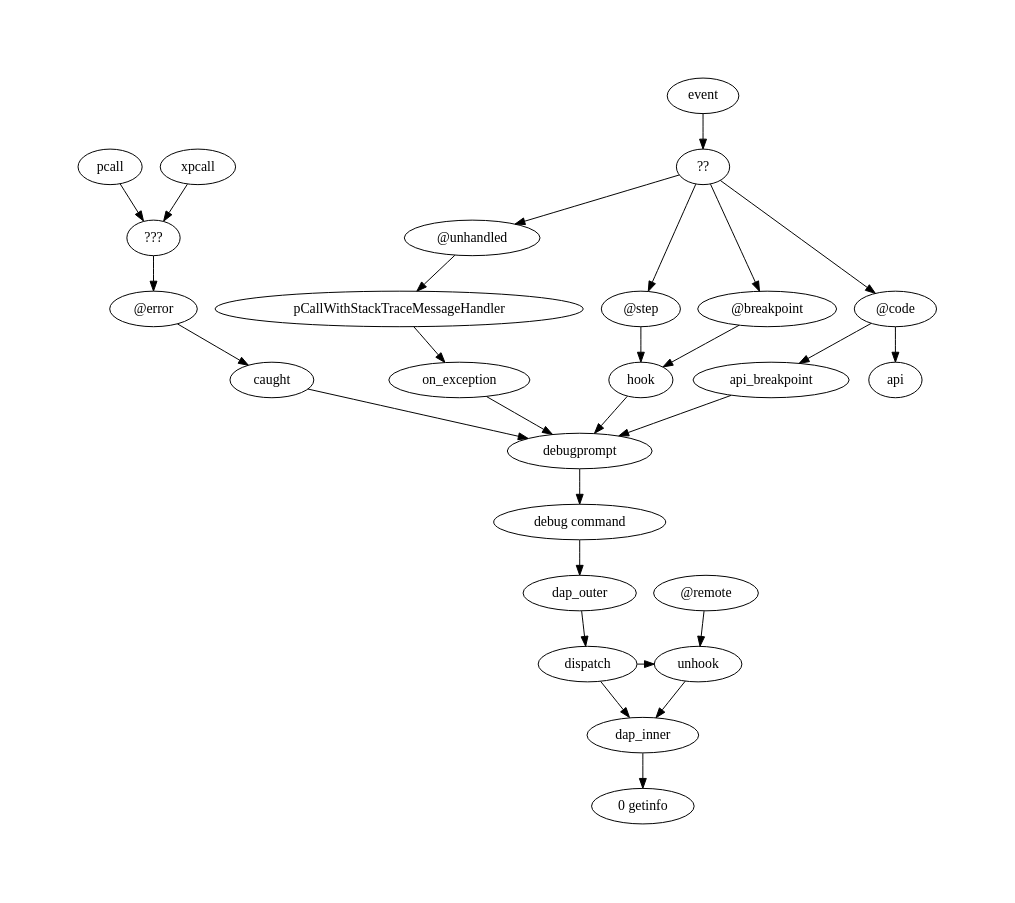
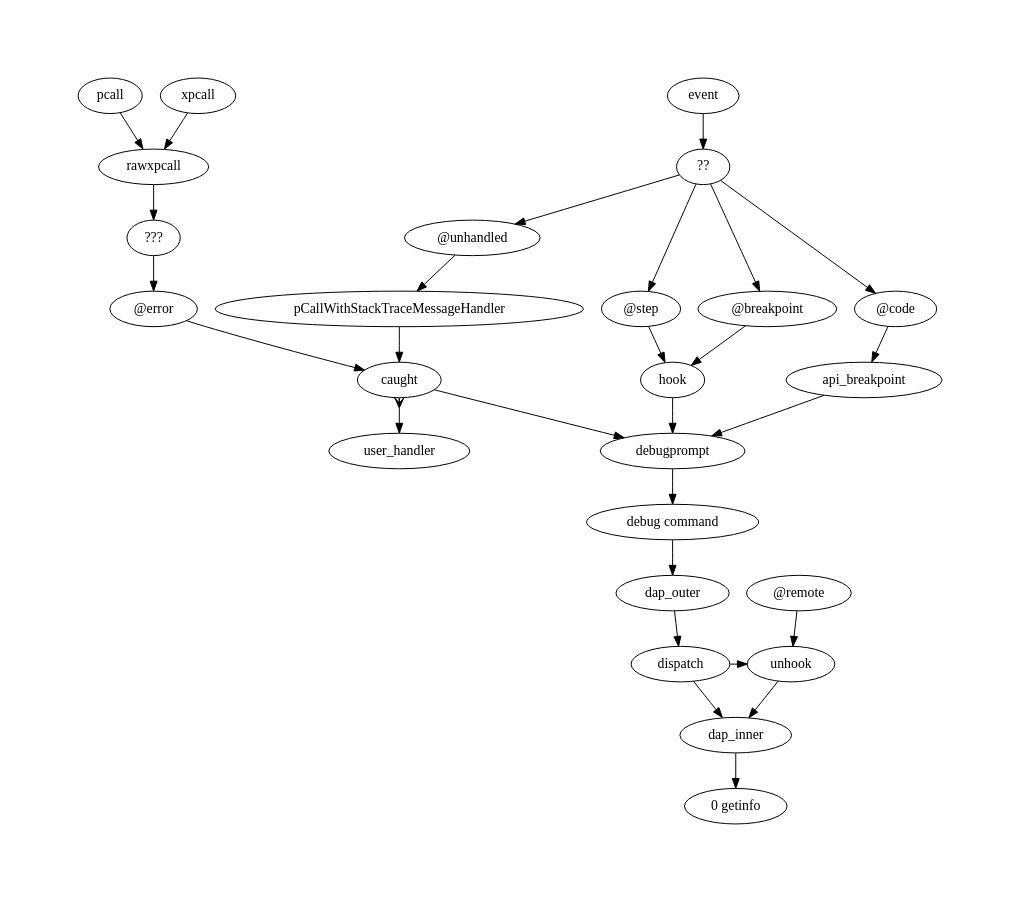
One commit to justarandomgeek/vscode-factoriomod-debug changed the diagram in doc/internal/calls.dot. Above: the diagram before and after it, drawn with Graphviz. The commit also changed 4 other files, not shown here.

```diff
--- a/doc/internal/calls.dot
+++ b/doc/internal/calls.dot
@@ -1,30 +1,29 @@
 digraph calls {
 pad=1
 # 0 getinfo, 1 stackTrace, 2 callThread, 3 stackTrace, 4 debug command, 5 debug.debug,
 # in normal stepping:                       6 sethook callback, 7 at breakpoint
 # in exception (instrument only)            6 on_error callback, 7 pCallWithStackTraceMessageHandler, 8 at exception
 # in remote-redirected call:                2 unhook, 3 at stack
 
-"@code" -> api
 "??" -> "@code" -> api_breakpoint -> debugprompt;
 
-pcall -> "???" -> "@error" -> caught -> debugprompt
-xpcall -> "???"
+pcall -> rawxpcall -> "???" -> "@error" -> caught -> debugprompt
+xpcall -> rawxpcall
+caught -> user_handler [dir=both; arrowtail=crow;]
 
 event -> "??"
-"??" -> "@unhandled" -> pCallWithStackTraceMessageHandler -> on_exception -> debugprompt;
+"??" -> "@unhandled" -> pCallWithStackTraceMessageHandler -> caught;
 "??" -> "@step" -> hook;
 "??" -> "@breakpoint" -> hook;
 hook -> debugprompt;
 
 debugprompt -> "debug command" -> dap_outer -> dispatch -> dap_inner;
-dispatch -> unhook;
+{ rank=same; dispatch -> unhook }
 "@remote" -> unhook -> dap_inner
 
 dap_inner -> "0 getinfo";
 
 { rank=same; "@code" "@step" "@breakpoint" "@error" }
-{ rank=same; hook api_breakpoint on_exception caught }
-{ rank=same; dispatch unhook }
+{ rank=same; hook api_breakpoint caught }
 
 }
```
